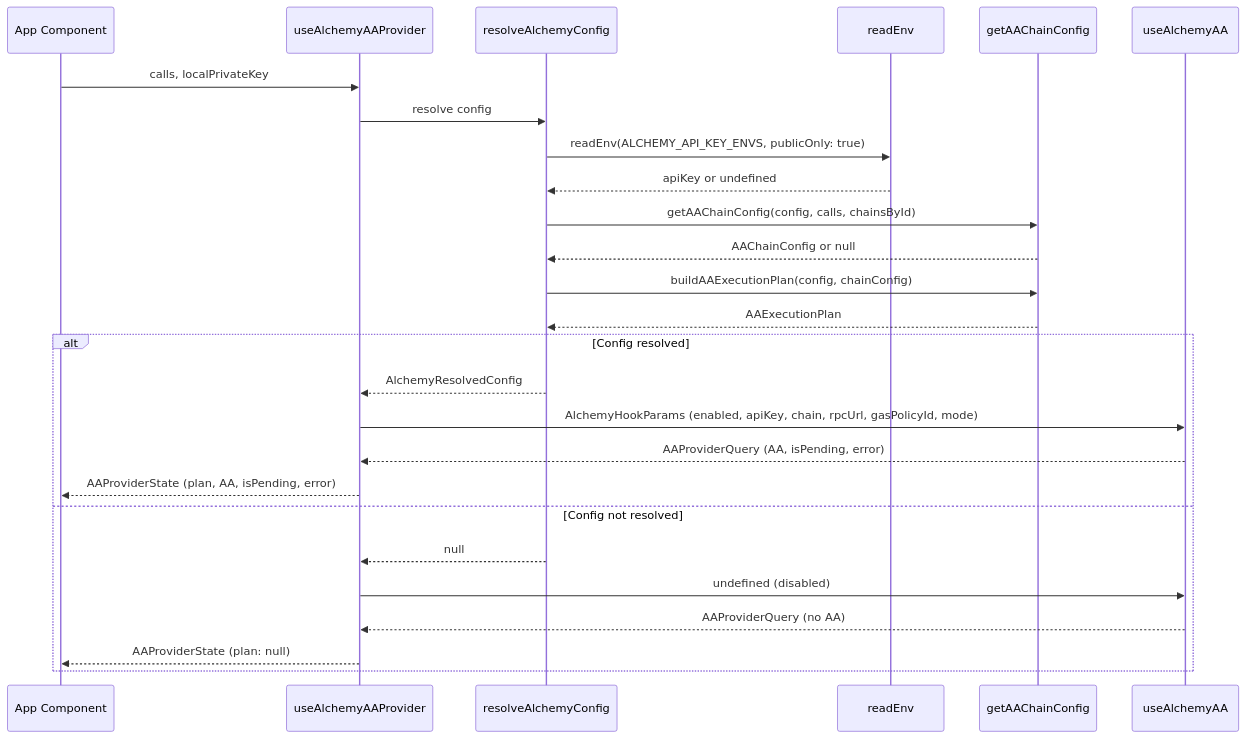
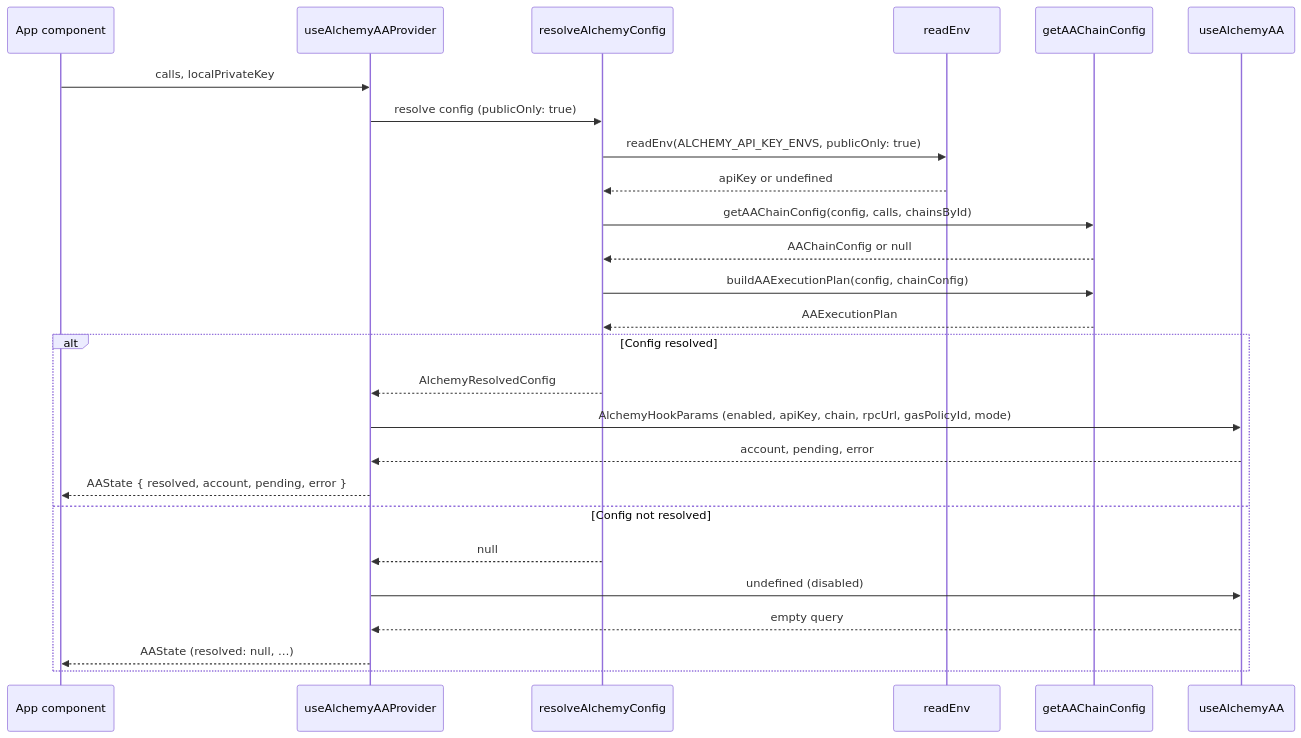
Before and after one commit to aomi-labs/aomi-widget: the fourth of 7 diagrams in specs/AA-ARCH.md, drawn with Mermaid. The commit also changed other lines of this file and 11 other files, not shown here.

````diff
--- a/specs/AA-ARCH.md
+++ b/specs/AA-ARCH.md
@@ -138,31 +165,31 @@
 ```mermaid
 sequenceDiagram
-    participant App as App Component
+    participant App as App component
     participant Hook as useAlchemyAAProvider
     participant Resolve as resolveAlchemyConfig
     participant Env as readEnv
     participant Types as getAAChainConfig
     participant UserHook as useAlchemyAA
 
     App->>Hook: calls, localPrivateKey
 
-    Hook->>Resolve: resolve config
+    Hook->>Resolve: resolve config (publicOnly: true)
     Resolve->>Env: readEnv(ALCHEMY_API_KEY_ENVS, publicOnly: true)
     Env-->>Resolve: apiKey or undefined
     Resolve->>Types: getAAChainConfig(config, calls, chainsById)
     Types-->>Resolve: AAChainConfig or null
     Resolve->>Types: buildAAExecutionPlan(config, chainConfig)
     Types-->>Resolve: AAExecutionPlan
 
     alt Config resolved
         Resolve-->>Hook: AlchemyResolvedConfig
         Hook->>UserHook: AlchemyHookParams (enabled, apiKey, chain, rpcUrl, gasPolicyId, mode)
-        UserHook-->>Hook: AAProviderQuery (AA, isPending, error)
-        Hook-->>App: AAProviderState (plan, AA, isPending, error)
+        UserHook-->>Hook: account, pending, error
+        Hook-->>App: AAState { resolved, account, pending, error }
     else Config not resolved
         Resolve-->>Hook: null
         Hook->>UserHook: undefined (disabled)
-        UserHook-->>Hook: AAProviderQuery (no AA)
-        Hook-->>App: AAProviderState (plan: null)
+        UserHook-->>Hook: empty query
+        Hook-->>App: AAState (resolved: null, …)
     end
 ```
````
